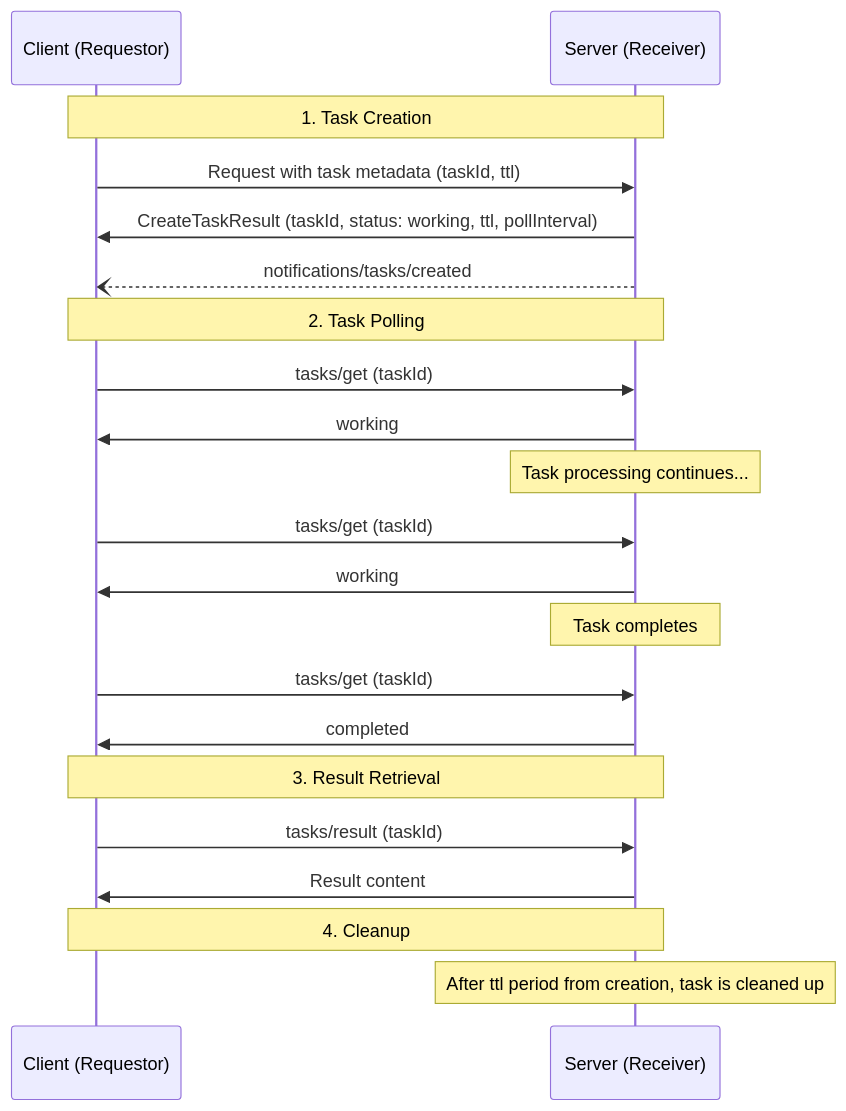
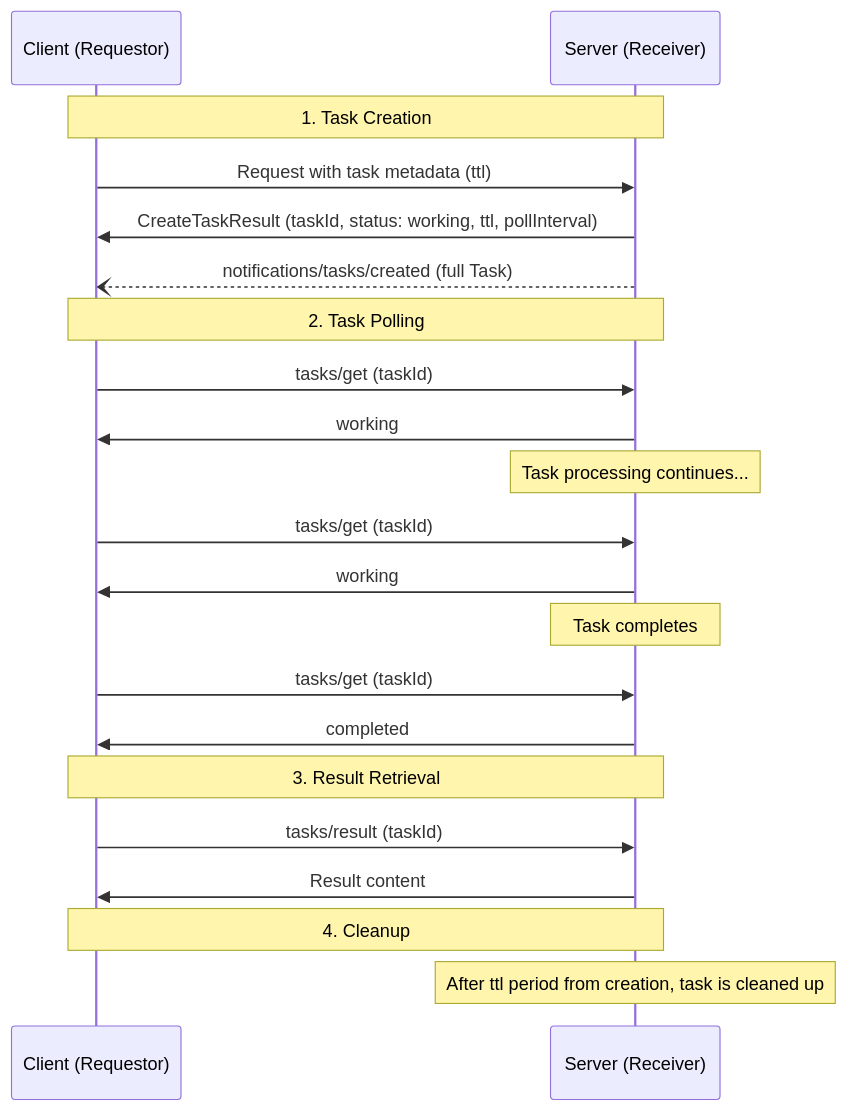
One commit to scottslewis/modelcontextprotocol changed the second of 5 diagrams in docs/specification/draft/basic/utilities/tasks.mdx. Above: the diagram before and after it, drawn with Mermaid. The commit also changed other lines of this file and 3 other files, not shown here.

Commit message:
Make notifications include full task info

````diff
--- a/docs/specification/draft/basic/utilities/tasks.mdx
+++ b/docs/specification/draft/basic/utilities/tasks.mdx
@@ -456,23 +466,23 @@
 ```mermaid
 sequenceDiagram
     participant C as Client (Requestor)
     participant S as Server (Receiver)
     Note over C,S: 1. Task Creation
-    C->>S: Request with task metadata (taskId, ttl)
+    C->>S: Request with task metadata (ttl)
     S->>C: CreateTaskResult (taskId, status: working, ttl, pollInterval)
-    S--)C: notifications/tasks/created
+    S--)C: notifications/tasks/created (full Task)
     Note over C,S: 2. Task Polling
     C->>S: tasks/get (taskId)
     S->>C: working
     Note over S: Task processing continues...
     C->>S: tasks/get (taskId)
     S->>C: working
     Note over S: Task completes
     C->>S: tasks/get (taskId)
     S->>C: completed
     Note over C,S: 3. Result Retrieval
     C->>S: tasks/result (taskId)
     S->>C: Result content
     Note over C,S: 4. Cleanup
     Note over S: After ttl period from creation, task is cleaned up
 ```
````
